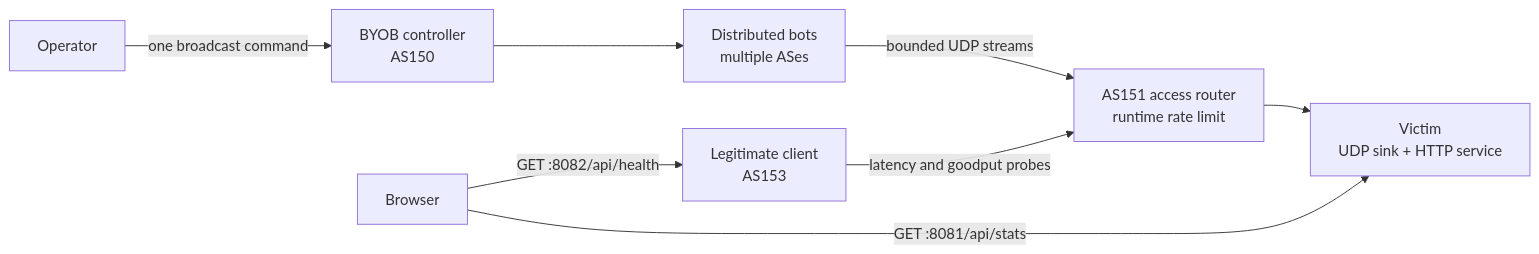
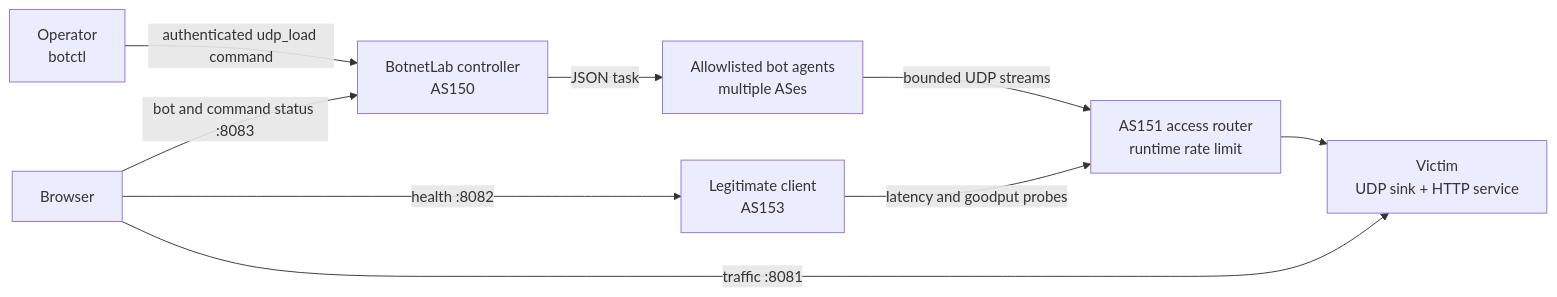
Before and after one commit to BruceJqs/seed-emulator: the diagram in examples/yesterday_once_more/Y13_botnet_dos_attack/README.md, drawn with Mermaid. The commit also changed other lines of this file and 8 other files, not shown here.

````diff
--- a/examples/yesterday_once_more/Y13_botnet_dos_attack/README.md
+++ b/examples/yesterday_once_more/Y13_botnet_dos_attack/README.md
@@ -22,10 +22,11 @@
 ```mermaid
 flowchart LR
-    Operator["Operator"] -->|"one broadcast command"| C2["BYOB controller<br/>AS150"]
-    C2 --> Bots["Distributed bots<br/>multiple ASes"]
+    Operator["Operator<br/>botctl"] -->|"authenticated udp_load command"| C2["BotnetLab controller<br/>AS150"]
+    C2 -->|"JSON task"| Bots["Allowlisted bot agents<br/>multiple ASes"]
     Bots -->|"bounded UDP streams"| Router["AS151 access router<br/>runtime rate limit"]
     Router --> Victim["Victim<br/>UDP sink + HTTP service"]
     Probe["Legitimate client<br/>AS153"] -->|"latency and goodput probes"| Router
-    Browser["Browser"] -->|"GET :8081/api/stats"| Victim
-    Browser -->|"GET :8082/api/health"| Probe
+    Browser["Browser"] -->|"traffic :8081"| Victim
+    Browser -->|"health :8082"| Probe
+    Browser -->|"bot and command status :8083"| C2
 ```
````
